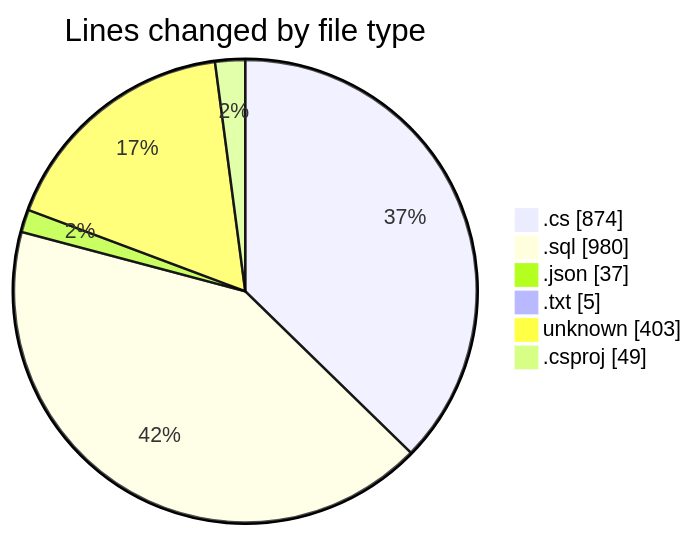
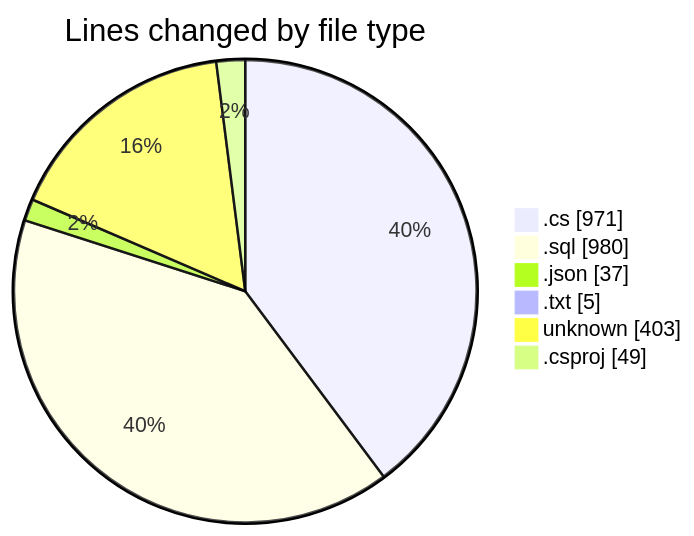
The first of 2 diagrams in 2025-04-04/back-end/README.md (Netris89/code-tracking), drawn with Mermaid before and after one commit. The commit also changed other lines of this file and 1 other file, not shown here.

````diff
--- a/2025-04-04/back-end/README.md
+++ b/2025-04-04/back-end/README.md
@@ -30,10 +30,10 @@
 ```mermaid
 pie showData
 title Lines changed by file type
-".cs" : 874
+".cs" : 971
 ".sql" : 980
 ".json" : 37
 ".txt" : 5
 "unknown" : 403
 ".csproj" : 49
 ```
````
